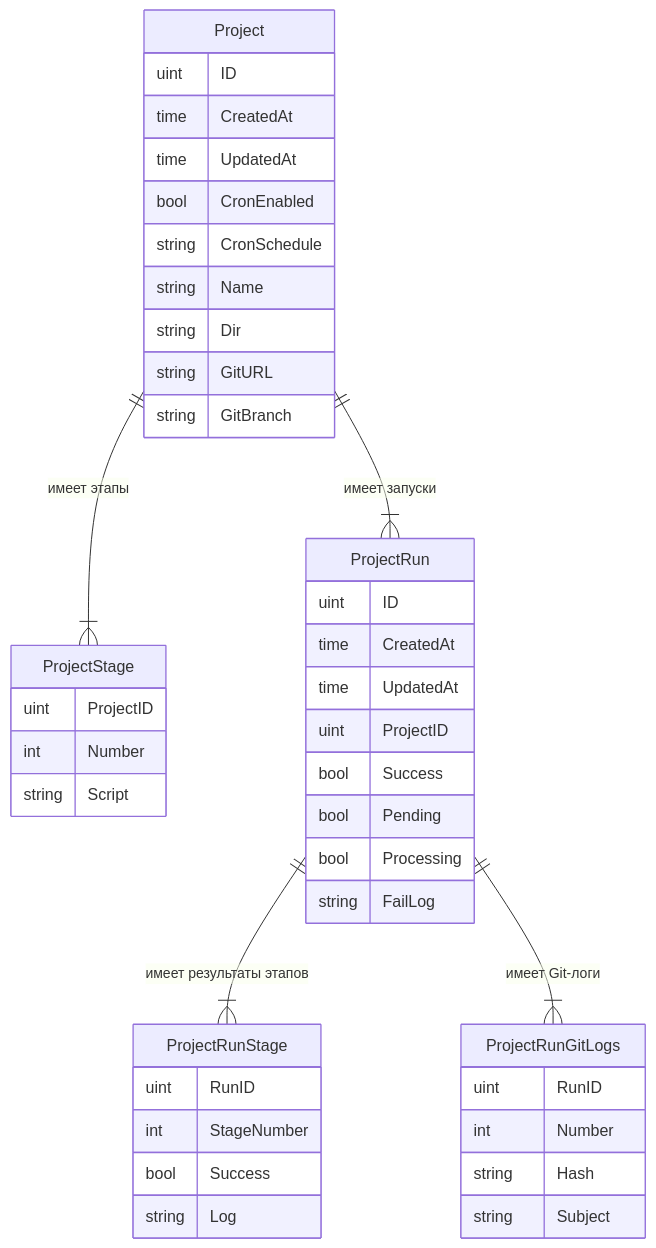
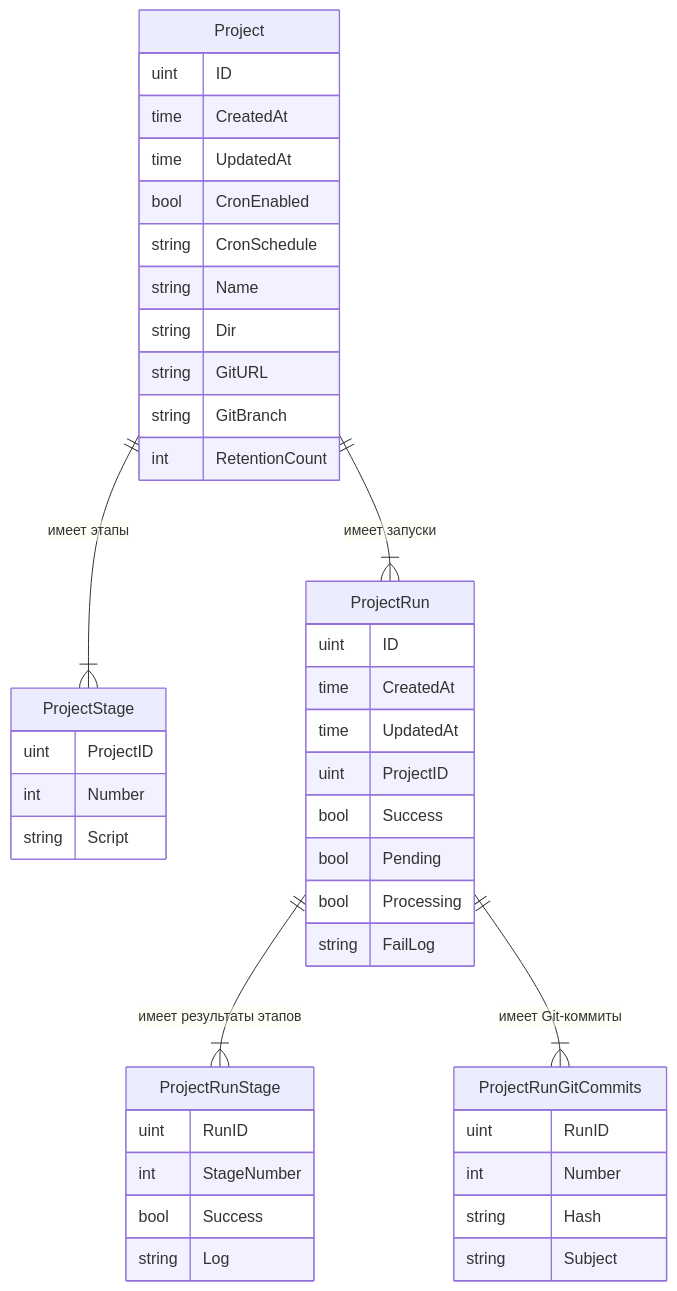
Before and after one commit to gbh007/easyjet: the diagram in docs/business/entity.md, drawn with Mermaid. The commit also changed other lines of this file and 21 other files, not shown here.

````diff
--- a/docs/business/entity.md
+++ b/docs/business/entity.md
@@ -103,50 +103,51 @@
 ```mermaid
 erDiagram
     Project ||--|{ ProjectStage : "имеет этапы"
     Project ||--|{ ProjectRun : "имеет запуски"
     ProjectRun ||--|{ ProjectRunStage : "имеет результаты этапов"
-    ProjectRun ||--|{ ProjectRunGitLogs : "имеет Git-логи"
+    ProjectRun ||--|{ ProjectRunGitCommits : "имеет Git-коммиты"
 
     Project {
         uint ID
         time CreatedAt
         time UpdatedAt
         bool CronEnabled
         string CronSchedule
         string Name
         string Dir
         string GitURL
         string GitBranch
+        int RetentionCount
     }
 
     ProjectStage {
         uint ProjectID
         int Number
         string Script
     }
 
     ProjectRun {
         uint ID
         time CreatedAt
         time UpdatedAt
         uint ProjectID
         bool Success
         bool Pending
         bool Processing
         string FailLog
     }
 
     ProjectRunStage {
         uint RunID
         int StageNumber
         bool Success
         string Log
     }
 
-    ProjectRunGitLogs {
+    ProjectRunGitCommits {
         uint RunID
         int Number
         string Hash
         string Subject
     }
 ```
````
